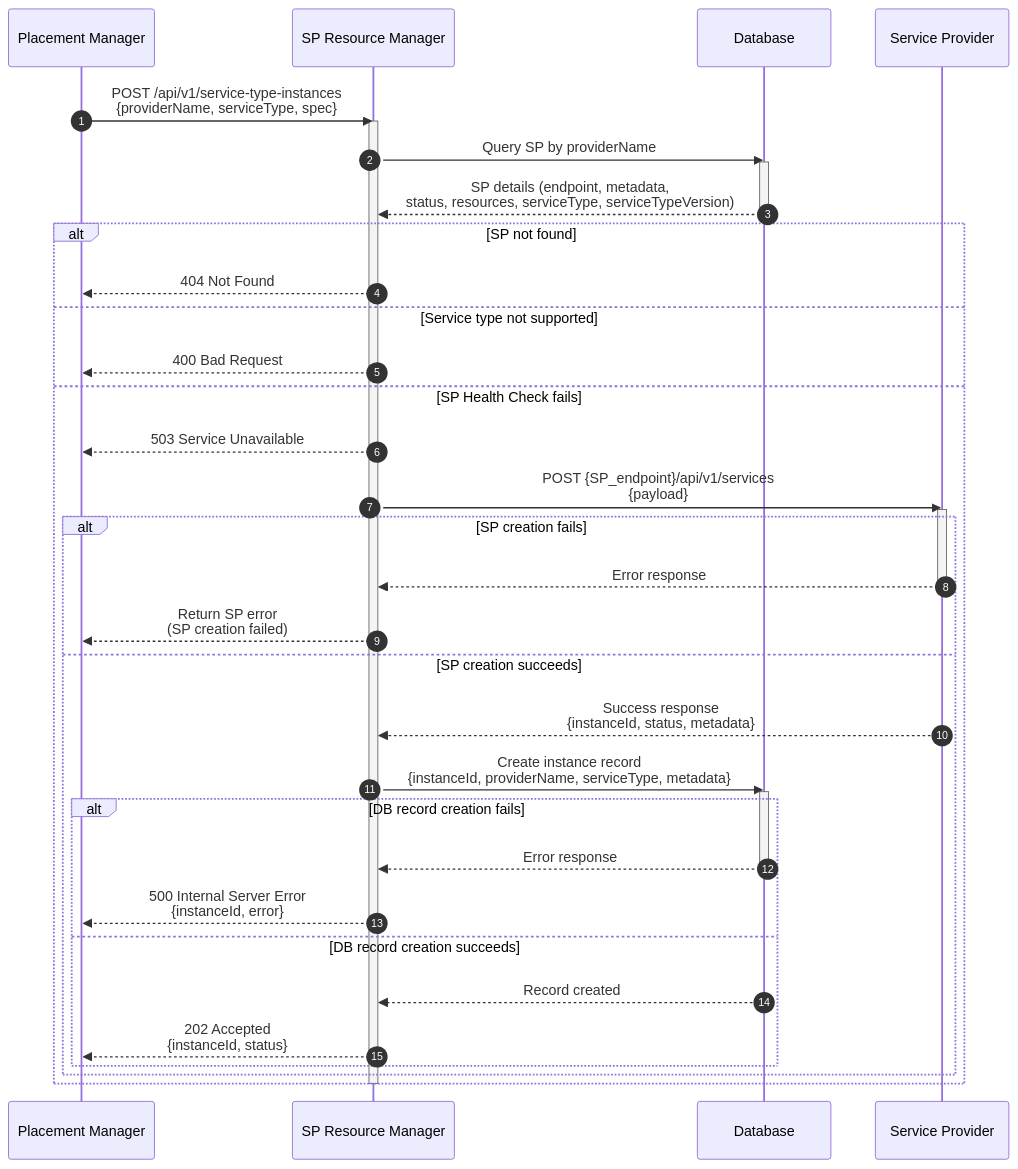
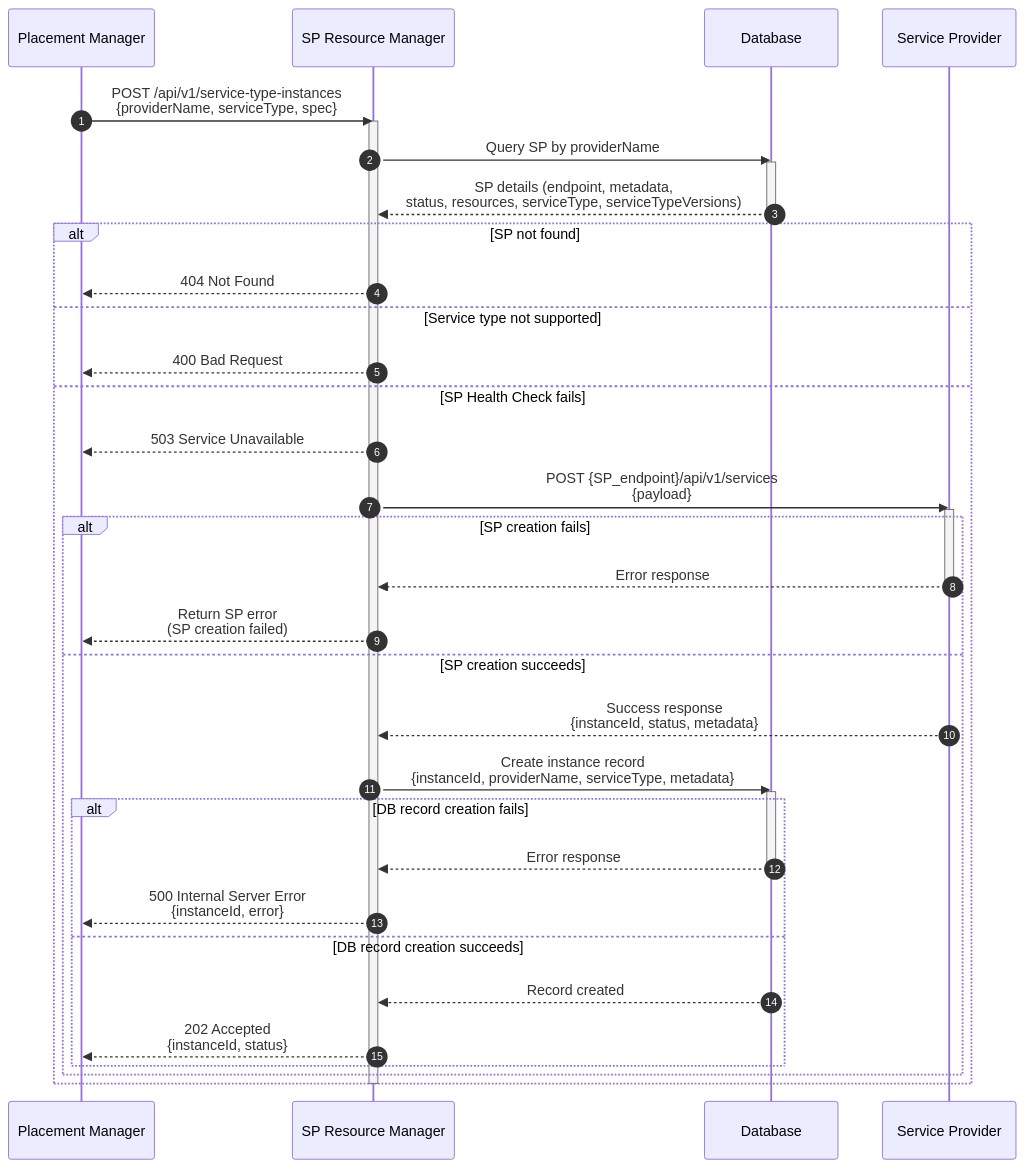
One commit to dcm-project/enhancements changed the diagram in enhancements/sp-resource-manager/sp-resource-manager.md. Above: the diagram before and after it, drawn with Mermaid. The commit also changed other lines of this file and 3 other files, not shown here.

Commit message:
convert serviceTypeVersion to array

````diff
--- a/enhancements/sp-resource-manager/sp-resource-manager.md
+++ b/enhancements/sp-resource-manager/sp-resource-manager.md
@@ -203,49 +207,49 @@
 ```mermaid
 sequenceDiagram
     autonumber
     participant PS as Placement Manager
     participant SPRM as SP Resource Manager
     participant DB as Database
     participant SP as Service Provider
 
     PS->>SPRM: POST /api/v1/service-type-instances<br/>{providerName, serviceType, spec}
     activate SPRM
 
 
     SPRM->>DB: Query SP by providerName
     activate DB
-    DB-->>SPRM: SP details (endpoint, metadata,<br/>status, resources, serviceType, serviceTypeVersion)
+    DB-->>SPRM: SP details (endpoint, metadata,<br/>status, resources, serviceType, serviceTypeVersions)
     deactivate DB
 
     alt SP not found
         SPRM-->>PS: 404 Not Found
     else Service type not supported
         SPRM-->>PS: 400 Bad Request
     else SP Health Check fails
-        SPRM-->>PS: 503 Service Unavailable       
+        SPRM-->>PS: 503 Service Unavailable
 
         SPRM->>SP: POST {SP_endpoint}/api/v1/services<br/>{payload}
         activate SP
 
         alt SP creation fails
             SP-->>SPRM: Error response
             deactivate SP
             SPRM-->>PS: Return SP error<br/>(SP creation failed)
         else SP creation succeeds
             SP-->>SPRM: Success response<br/>{instanceId, status, metadata}
             SPRM->>DB: Create instance record<br/>{instanceId, providerName, serviceType, metadata}
             activate DB
-            
+
             alt DB record creation fails
                 DB-->>SPRM: Error response
                 deactivate DB
                 SPRM-->>PS: 500 Internal Server Error<br/>{instanceId, error}
-            
+
             else DB record creation succeeds
                 DB-->>SPRM: Record created
                 SPRM-->>PS: 202 Accepted<br/>{instanceId, status}
             end
         end
     end
     deactivate SPRM
 ```
````
